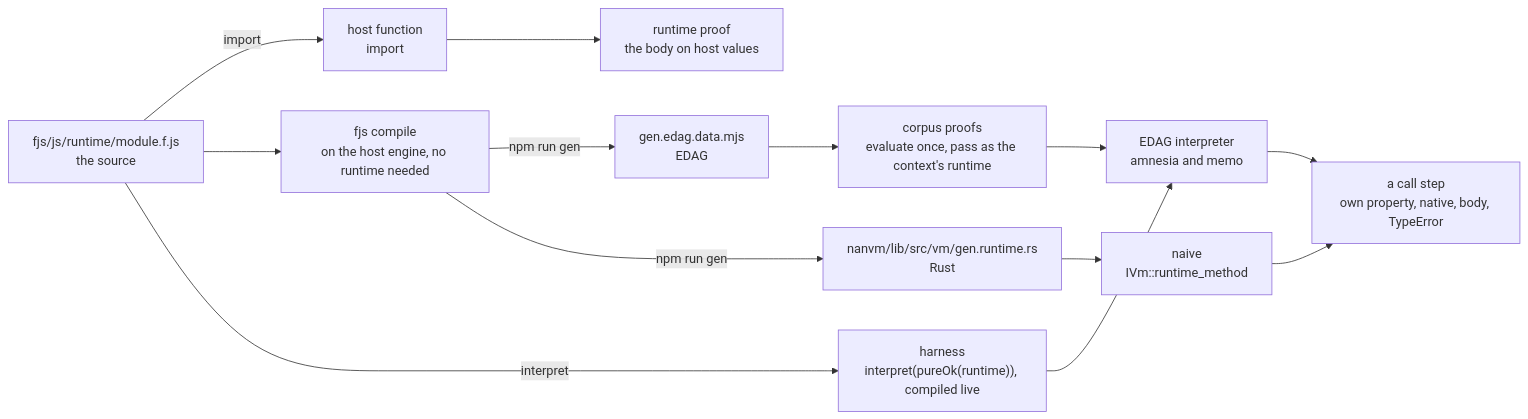
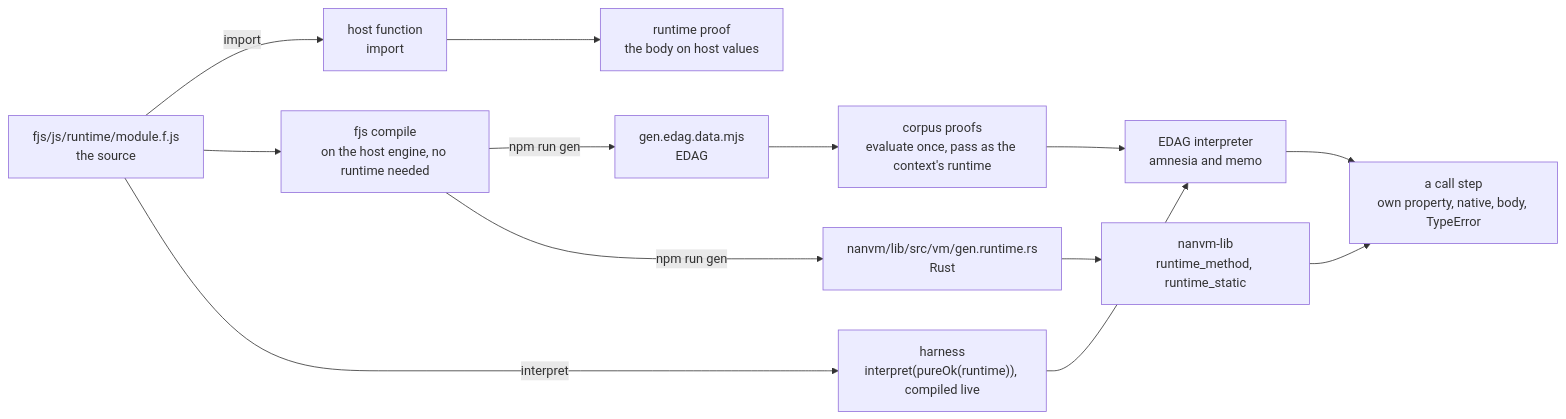
The first of 2 diagrams in fjs/js/runtime/README.md (functionalscript/functionalscript), drawn with Mermaid before and after one commit. The commit also changed other lines of this file and 18 other files, not shown here.

````diff
--- a/fjs/js/runtime/README.md
+++ b/fjs/js/runtime/README.md
@@ -106,21 +106,21 @@
 ```mermaid
 flowchart LR
     src["fjs/js/runtime/module.f.js<br/>the source"]
     compiler["fjs compile<br/>on the host engine, no runtime needed"]
     host["host function<br/>import"]
     edag["gen.edag.data.mjs<br/>EDAG"]
     rust["nanvm/lib/src/vm/gen.runtime.rs<br/>Rust"]
     proof["runtime proof<br/>the body on host values"]
     corpus["corpus proofs<br/>evaluate once, pass as the context's runtime"]
     harness["harness<br/>interpret(pureOk(runtime)), compiled live"]
     interpreter["EDAG interpreter<br/>amnesia and memo"]
-    naive["naive<br/>IVm::runtime_method"]
+    naive["nanvm-lib<br/>runtime_method, runtime_static"]
     step["a call step<br/>own property, native, body, TypeError"]
     src -->|import| host --> proof
     src --> compiler
     compiler -->|npm run gen| edag --> corpus --> interpreter
     src -->|interpret| harness --> interpreter
     compiler -->|npm run gen| rust --> naive
     interpreter --> step
     naive --> step
 ```
````
